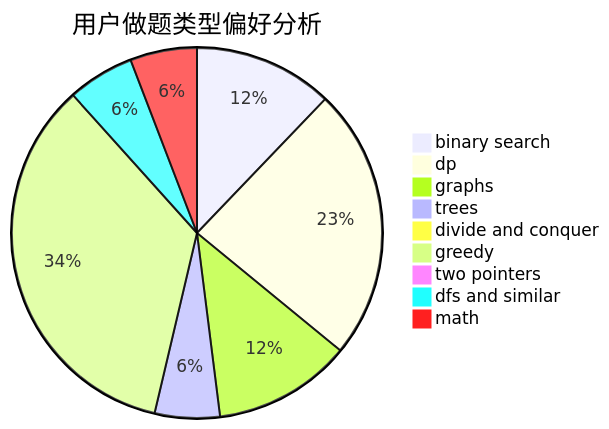
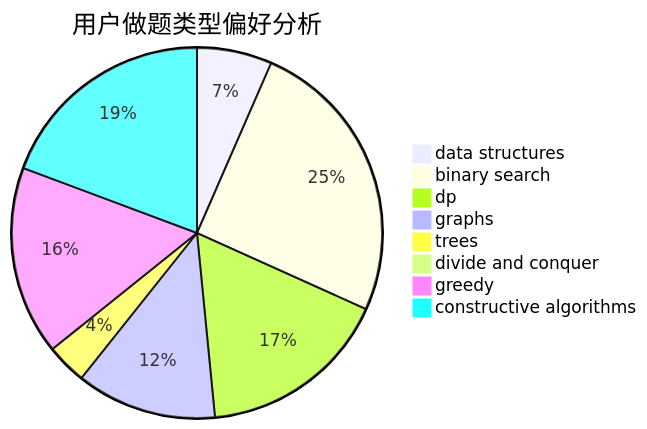
One commit to sherpahu/cfrs.github.io changed the second of 3 diagrams in docs/user/u1687.md. Above: the diagram before and after it, drawn with Mermaid. The commit also changed other lines of this file and 2775 other files, not shown here.

````diff
--- a/docs/user/u1687.md
+++ b/docs/user/u1687.md
@@ -23,12 +23,11 @@
 ```mermaid
 pie title 用户做题类型偏好分析
-    "binary search" :  317
-    "dp" :  620
-    "graphs" :  315
-    "trees" :  148
-    "divide and conquer" :  21
-    "greedy" :  904
-    "two pointers" :  26
-    "dfs and similar" :  152
-    "math" :  152
+    "data structures" :  78
+    "binary search" :  300
+    "dp" :  199
+    "graphs" :  146
+    "trees" :  42
+    "divide and conquer" :  8
+    "greedy" :  196
+    "constructive algorithms" :  230
 ```
````
